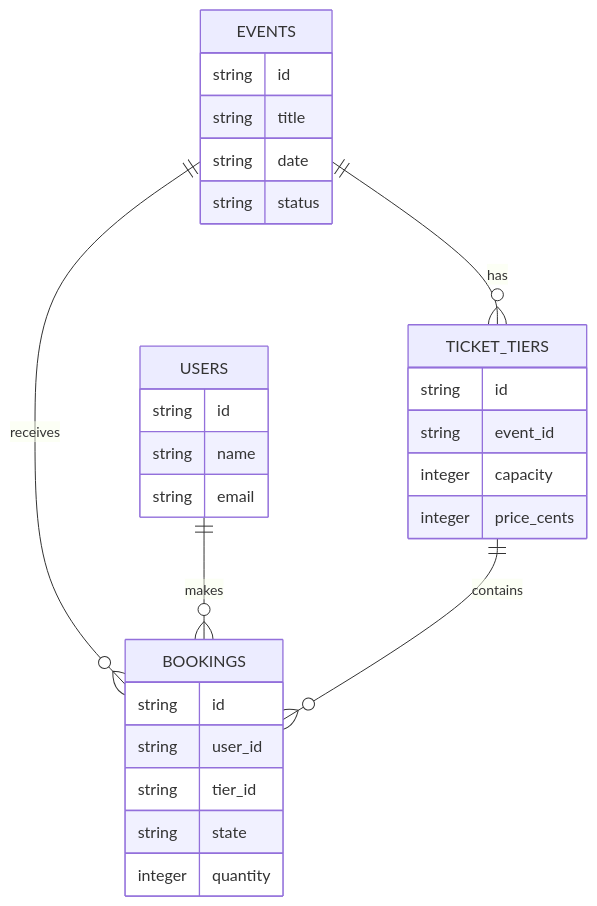
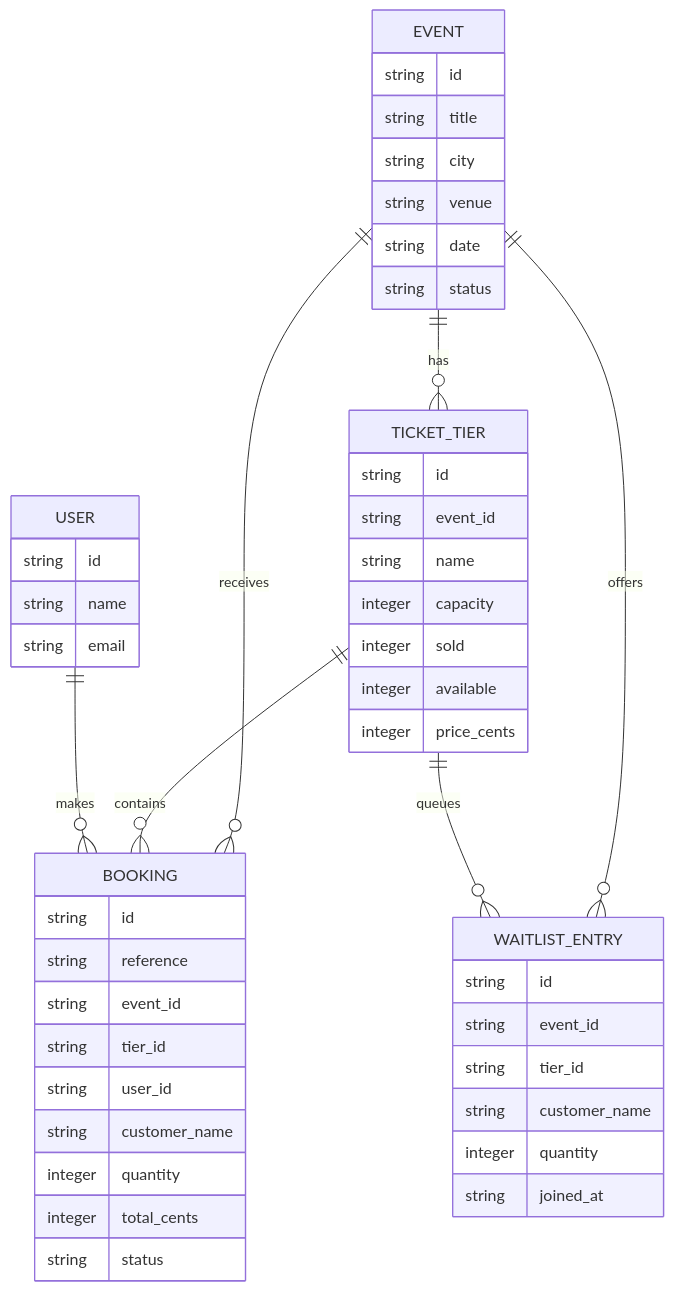
Before and after one commit to Acedigitals/MY-DSA-PROJECT: the second of 3 diagrams in docs/architecture.md, drawn with Mermaid. The commit also changed other lines of this file, not shown here.

Commit message:
Update Build 3 architecture documentation

````diff
--- a/docs/architecture.md
+++ b/docs/architecture.md
@@ -21,31 +67,50 @@
 ```mermaid
 erDiagram
-  EVENTS ||--o{ TICKET_TIERS : has
-  EVENTS ||--o{ BOOKINGS : receives
-  USERS ||--o{ BOOKINGS : makes
-  TICKET_TIERS ||--o{ BOOKINGS : contains
-  EVENTS {
+  EVENT ||--o{ TICKET_TIER : has
+  EVENT ||--o{ BOOKING : receives
+  EVENT ||--o{ WAITLIST_ENTRY : offers
+  TICKET_TIER ||--o{ BOOKING : contains
+  TICKET_TIER ||--o{ WAITLIST_ENTRY : queues
+  EVENT {
     string id
     string title
+    string city
+    string venue
     string date
     string status
   }
-  TICKET_TIERS {
+  TICKET_TIER {
     string id
     string event_id
+    string name
     integer capacity
+    integer sold
+    integer available
     integer price_cents
   }
-  BOOKINGS {
+  BOOKING {
     string id
+    string reference
+    string event_id
+    string tier_id
     string user_id
-    string tier_id
-    string state
+    string customer_name
     integer quantity
+    integer total_cents
+    string status
   }
-  USERS {
+  USER ||--o{ BOOKING : makes
+  USER {
     string id
     string name
     string email
   }
+  WAITLIST_ENTRY {
+    string id
+    string event_id
+    string tier_id
+    string customer_name
+    integer quantity
+    string joined_at
+  }
 ```
````
